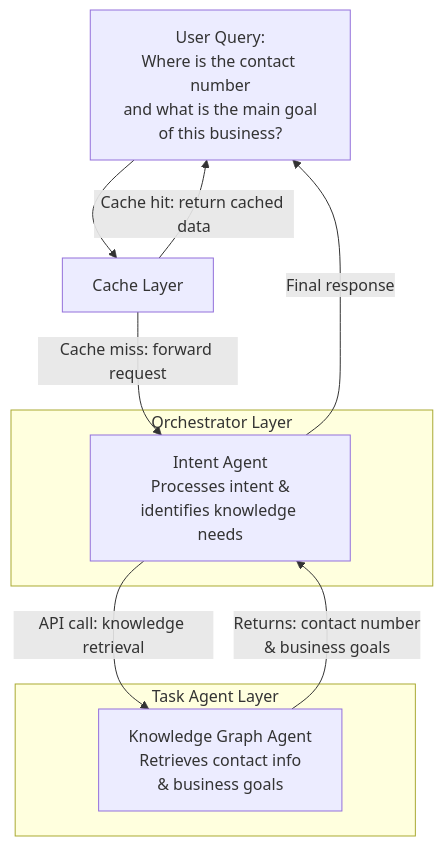
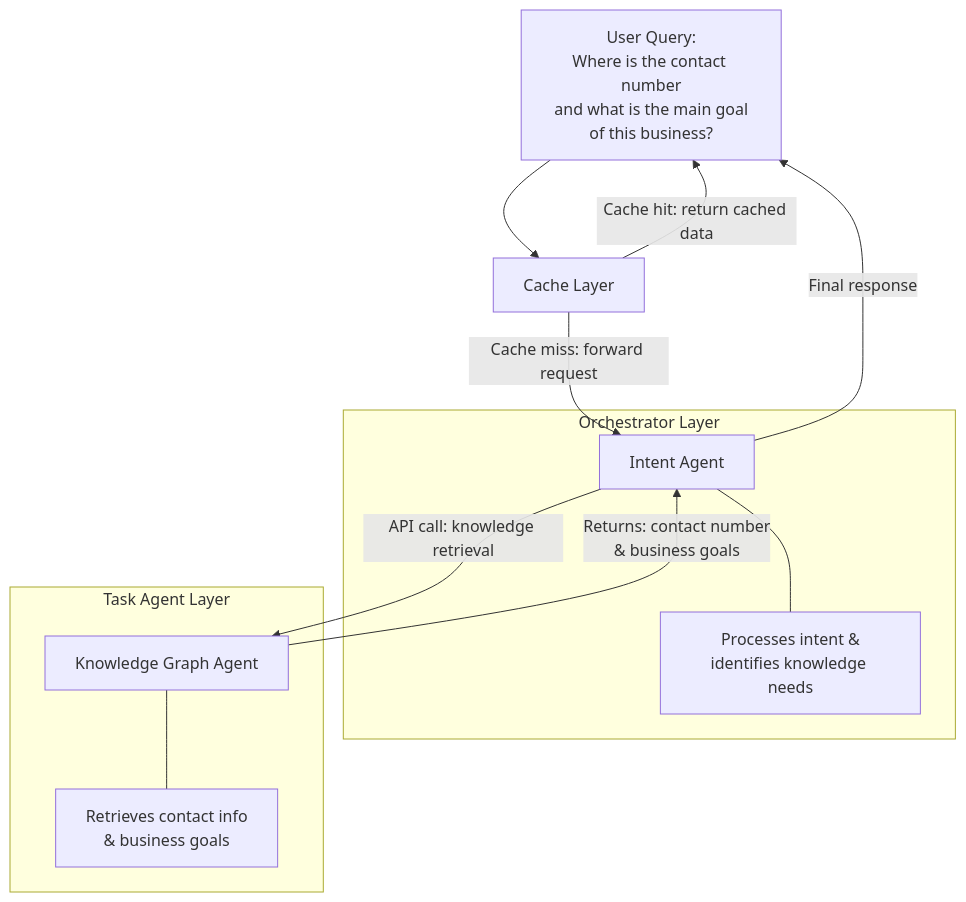
The diagram in docs/sprint1-agent-orchestrator.md (pradyumna-penteai/agent-orchestration), drawn with Mermaid before and after one commit.

Commit message:
docs: Cleaned architecture diagram for current setup

````diff
--- a/docs/sprint1-agent-orchestrator.md
+++ b/docs/sprint1-agent-orchestrator.md
@@ -38,21 +38,25 @@
 ```mermaid
 graph TD
   User["User Query:<br/>Where is the contact number<br/>and what is the main goal<br/>of this business?"]
   
   CacheLayer[Cache Layer]
   
   subgraph Orchestrator Layer
-    IA["Intent Agent<br/>Processes intent &<br/>identifies knowledge needs"]
+    IA[Intent Agent]
+    IA_Function["Processes intent &<br/>identifies knowledge needs"]
+    IA --- IA_Function
   end
   
   subgraph Task Agent Layer
-    KGA["Knowledge Graph Agent<br/>Retrieves contact info<br/>& business goals"]
+    KGA[Knowledge Graph Agent]
+    KGA_Function["Retrieves contact info<br/>& business goals"]
+    KGA --- KGA_Function
   end
   
   User --> CacheLayer
   CacheLayer -- "Cache hit: return cached data" --> User
   CacheLayer -- "Cache miss: forward request" --> IA
   IA -- "API call: knowledge retrieval" --> KGA
   KGA -- "Returns: contact number<br/>& business goals" --> IA
   IA -- "Final response" --> User
 ```
````
